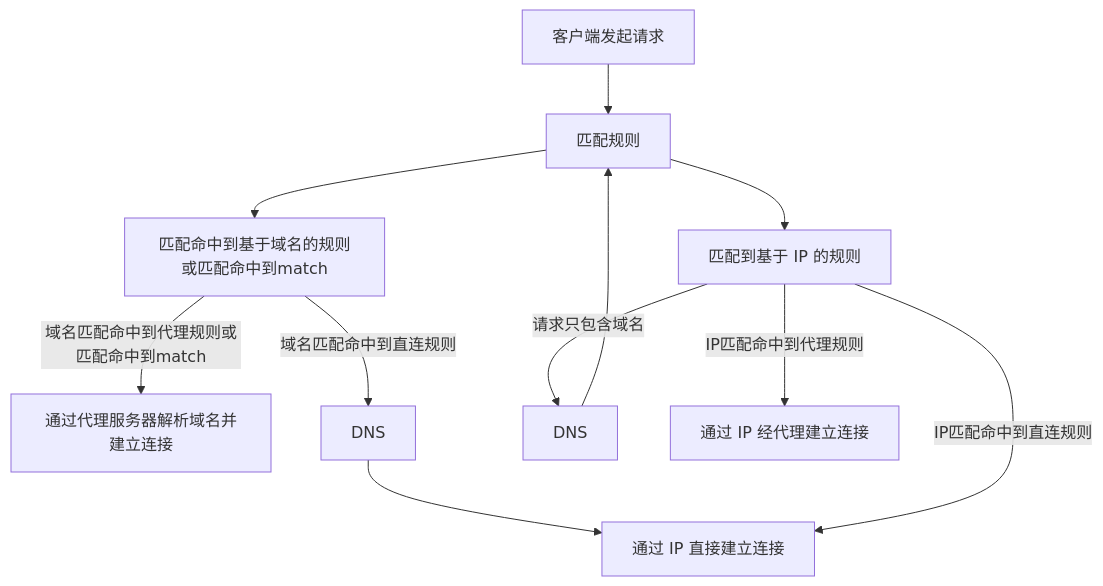
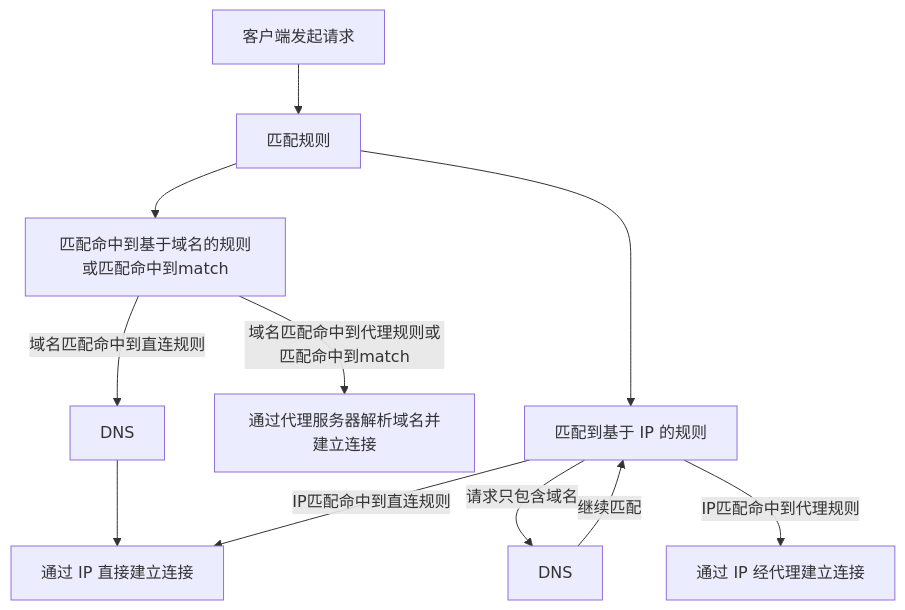
The first of 2 diagrams in mihomoDNS解析流程.md (Jishi0/sub-rule), drawn with Mermaid before and after one commit.

````diff
--- a/mihomoDNS解析流程.md
+++ b/mihomoDNS解析流程.md
@@ -2,16 +2,16 @@
 ```mermaid
 flowchart TD
   Start[客户端发起请求] --> rule[匹配规则]
   rule --> Domain[匹配命中到基于域名的规则或匹配命中到match]
   rule --> IP[匹配到基于 IP 的规则]
 
   Domain --> |域名匹配命中到代理规则或匹配命中到match|Remote[通过代理服务器解析域名并建立连接]
   Domain --> |域名匹配命中到直连规则|DNS1[DNS]
   DNS1 --> Direct[通过 IP 直接建立连接]
 
   IP --> |请求只包含域名|DNS2[DNS]
-  DNS2 --> rule
+  DNS2 --> |继续匹配|IP
   IP --> |IP匹配命中到直连规则|Direct
   IP --> |IP匹配命中到代理规则|Proxy[通过 IP 经代理建立连接]
 
 ```
````
